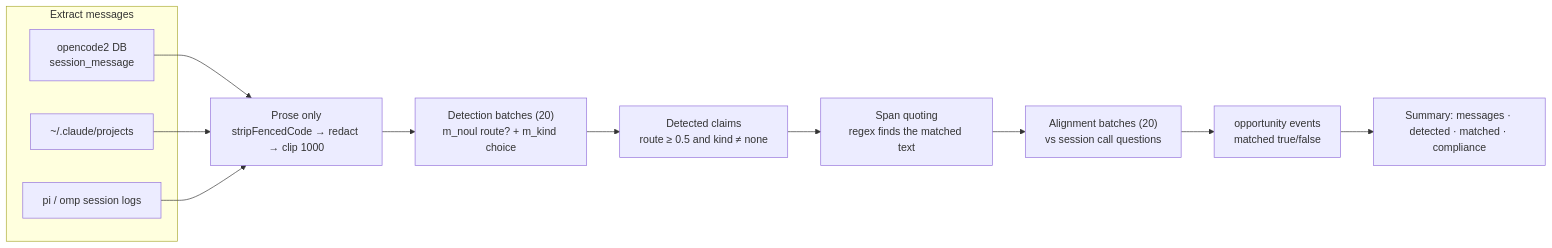
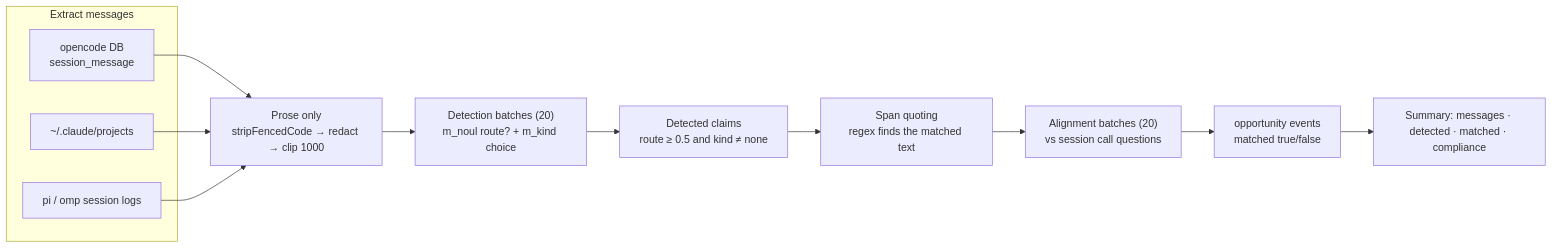
Before and after one commit to jbt95/jev-toolkit: the fifth of 7 diagrams in docs/architecture.md, drawn with Mermaid. The commit also changed 14 other files, not shown here.

````diff
--- a/docs/architecture.md
+++ b/docs/architecture.md
@@ -156,15 +156,15 @@
 ```mermaid
 flowchart LR
   subgraph extract["Extract messages"]
-    OC["opencode2 DB<br/>session_message"]
+    OC["opencode DB<br/>session_message"]
     CC["~/.claude/projects"]
     PO["pi / omp session logs"]
   end
   OC & CC & PO --> PROSE["Prose only<br/>stripFencedCode → redact → clip 1000"]
   PROSE --> DET["Detection batches (20)<br/>m_noul route? + m_kind choice"]
   DET --> CONFIRMED["Detected claims<br/>route ≥ 0.5 and kind ≠ none"]
   CONFIRMED --> SPAN["Span quoting<br/>regex finds the matched text"]
   SPAN --> ALIGN["Alignment batches (20)<br/>vs session call questions"]
   ALIGN --> EV["opportunity events<br/>matched true/false"]
   EV --> SUM["Summary: messages · detected · matched · compliance"]
 ```
````
